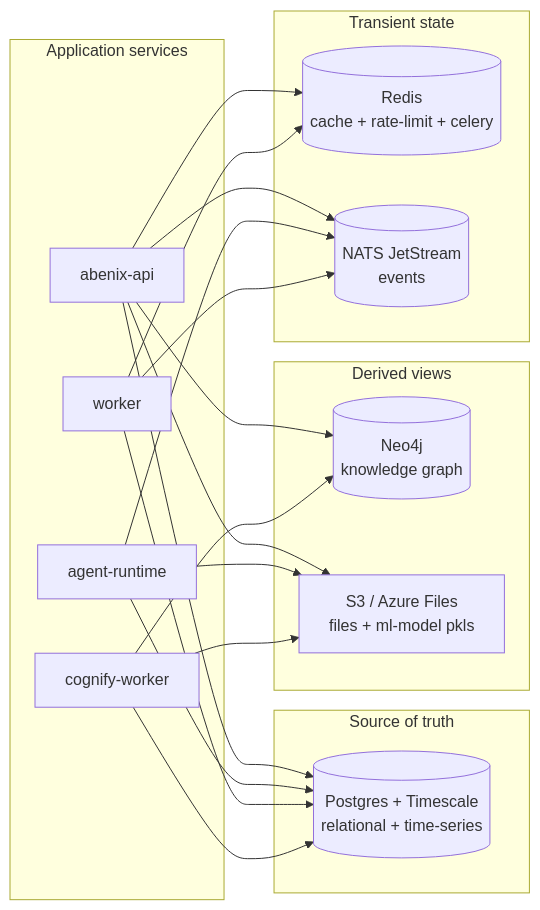
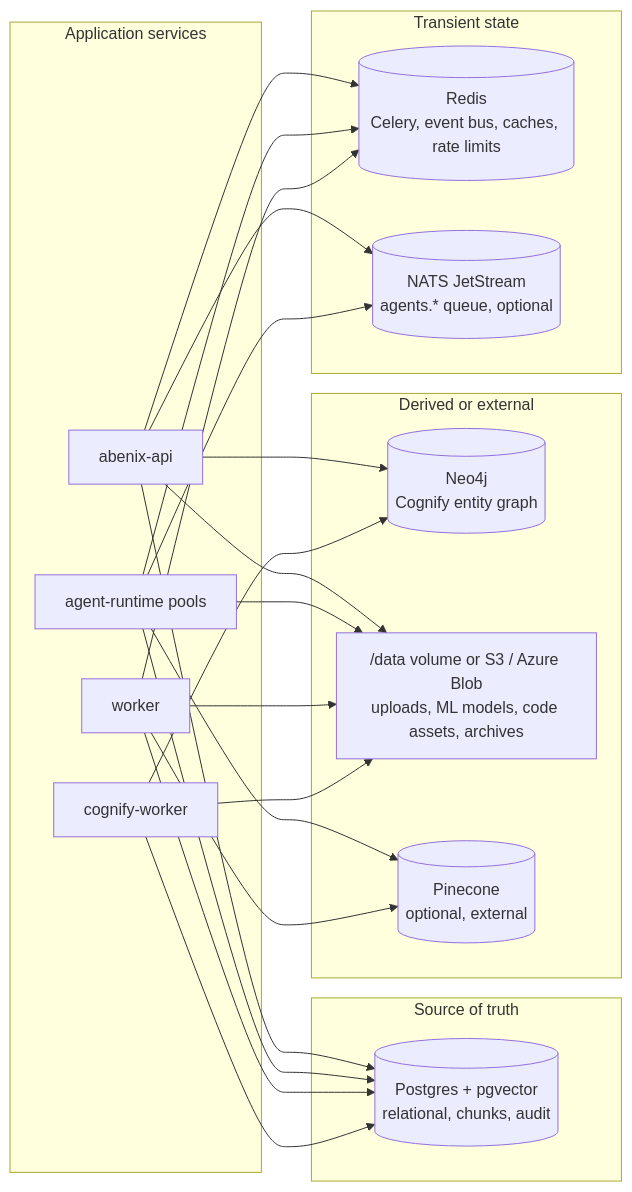
The diagram in docs/01-architecture/04-data-stores.md (sarkar4777/abenix), drawn with Mermaid before and after one commit. The commit also changed other lines of this file and 288 other files, not shown here.

````diff
--- a/docs/01-architecture/04-data-stores.md
+++ b/docs/01-architecture/04-data-stores.md
@@ -9,41 +9,45 @@
 ```mermaid
 flowchart LR
   subgraph APP["Application services"]
     AAPI[abenix-api]
-    AR[agent-runtime]
+    AR[agent-runtime pools]
     W[worker]
     CW[cognify-worker]
   end
 
   subgraph SOURCE["Source of truth"]
-    PG[(Postgres + Timescale<br/>relational + time-series)]
+    PG[(Postgres + pgvector<br/>relational, chunks, audit)]
   end
 
-  subgraph DERIVED["Derived views"]
-    NEO[(Neo4j<br/>knowledge graph)]
-    S3[S3 / Azure Files<br/>files + ml-model pkls]
+  subgraph DERIVED["Derived or external"]
+    NEO[(Neo4j<br/>Cognify entity graph)]
+    FS["/data volume or S3 / Azure Blob<br/>uploads, ML models, code assets, archives"]
+    PC[(Pinecone<br/>optional, external)]
   end
 
   subgraph TRANSIENT["Transient state"]
-    R[(Redis<br/>cache + rate-limit + celery)]
-    NATS[(NATS JetStream<br/>events)]
+    R[(Redis<br/>Celery, event bus, caches, rate limits)]
+    NATS[(NATS JetStream<br/>agents.* queue, optional)]
   end
 
   AAPI --> PG
   AAPI --> NEO
-  AAPI --> S3
+  AAPI --> FS
   AAPI --> R
   AAPI --> NATS
 
   AR --> PG
-  AR --> S3
+  AR --> FS
+  AR --> R
   AR --> NATS
+  AR --> PC
 
   W --> PG
   W --> R
-  W --> NATS
+  W --> FS
+  W --> PC
 
   CW --> PG
   CW --> NEO
-  CW --> S3
+  CW --> FS
 ```
````
